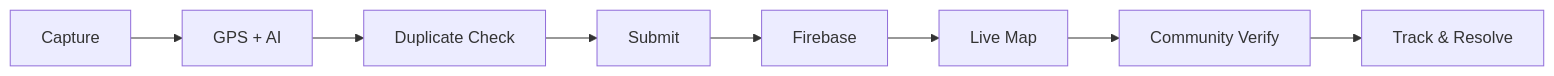
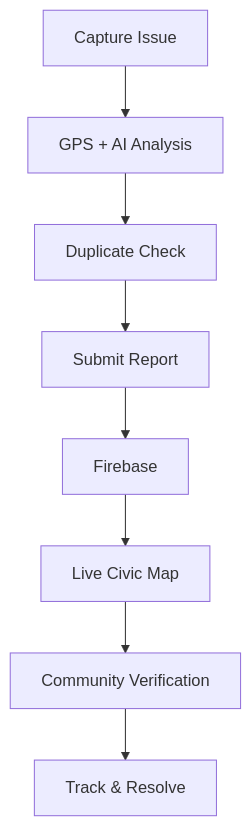
One commit to Jyatin/-fixmyway changed the first of 2 diagrams in README.md. Above: the diagram before and after it, drawn with Mermaid.

Commit message:
Make end-to-end workflow vertical

````diff
--- a/README.md
+++ b/README.md
@@ -32,10 +32,13 @@
 ```mermaid
-flowchart LR
-    A[Capture] --> B[GPS + AI]
-    B --> C[Duplicate Check]
-    C --> D[Submit]
-    D --> E[Firebase]
-    E --> F[Live Map]
-    F --> G[Community Verify]
-    G --> H[Track & Resolve]
+flowchart TD
+    A[Capture Issue]
+    B[GPS + AI Analysis]
+    C[Duplicate Check]
+    D[Submit Report]
+    E[Firebase]
+    F[Live Civic Map]
+    G[Community Verification]
+    H[Track & Resolve]
+
+    A --> B --> C --> D --> E --> F --> G --> H
 ```
````
